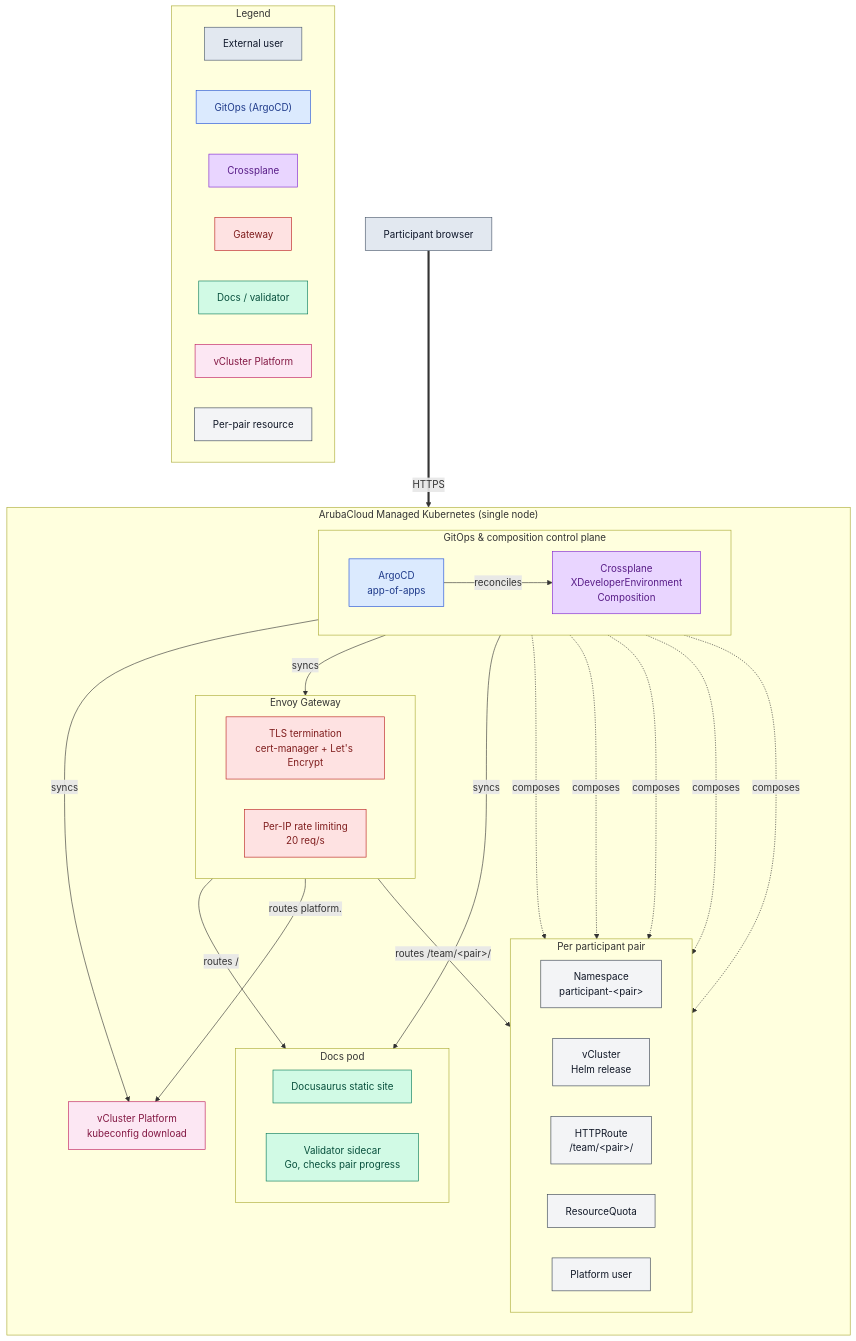
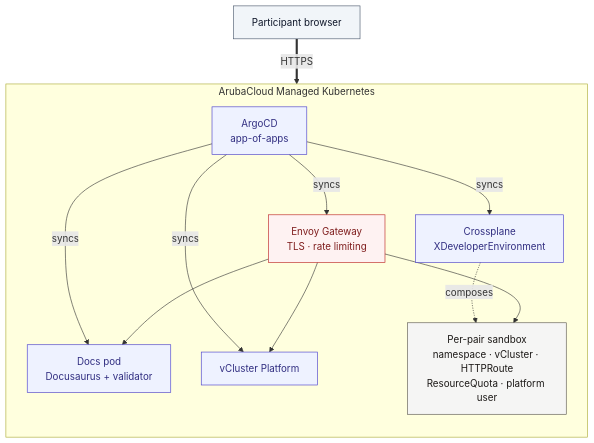
One commit to ricCap/crossplane-workshop changed the diagram in README.md. Above: the diagram before and after it, drawn with Mermaid. The commit also changed other lines of this file, not shown here.

Commit message:
docs: simplify readme architecture diagram
Adopt the simplified flowchart: collapse the 5 per-pair resources
into a single "Per-pair sandbox" node, drop the rainbow palette to
3 muted classDefs, drop the in-diagram legend. The detail that was
in the legend now lives in the prose caption below the diagram.

````diff
--- a/README.md
+++ b/README.md
@@ -9,73 +9,30 @@
 ```mermaid
 graph TB
-    Participant["Participant browser"]:::external
+    Participant["Participant browser"]:::user
 
-    subgraph ArubaCloud["ArubaCloud Managed Kubernetes (single node)"]
+    subgraph ArubaCloud["ArubaCloud Managed Kubernetes"]
         direction TB
+        ArgoCD["ArgoCD<br/>app-of-apps"]:::ctrl
+        XDevEnv["Crossplane<br/>XDeveloperEnvironment"]:::ctrl
+        Gateway["Envoy Gateway<br/>TLS · rate limiting"]:::edge
+        Docs["Docs pod<br/>Docusaurus + validator"]:::ctrl
+        Platform["vCluster Platform"]:::ctrl
+        Pair["Per-pair sandbox<br/>namespace · vCluster · HTTPRoute<br/>ResourceQuota · platform user"]:::tenant
 
-        subgraph ControlPlane["GitOps &amp; composition control plane"]
-            direction LR
-            ArgoCD["ArgoCD<br/>app-of-apps"]:::gitops
-            XDevEnv["Crossplane<br/>XDeveloperEnvironment<br/>Composition"]:::crossplane
-            ArgoCD -->|reconciles| XDevEnv
-        end
-
-        subgraph Gateway["Envoy Gateway"]
-            direction LR
-            TLS["TLS termination<br/>cert-manager + Let's Encrypt"]:::gateway
-            RL["Per-IP rate limiting<br/>20 req/s"]:::gateway
-        end
-
-        subgraph Docs["Docs pod"]
-            direction LR
-            Docusaurus["Docusaurus static site"]:::docs
-            Validator["Validator sidecar<br/>Go, checks pair progress"]:::docs
-        end
-
-        Platform["vCluster Platform<br/>kubeconfig download"]:::platform
-
-        subgraph PerPair["Per participant pair"]
-            direction LR
-            NS["Namespace<br/>participant-&lt;pair&gt;"]:::pair
-            VC["vCluster<br/>Helm release"]:::pair
-            HR["HTTPRoute<br/>/team/&lt;pair&gt;/"]:::pair
-            RQ["ResourceQuota"]:::pair
-            PU["Platform user"]:::pair
-        end
-
+        ArgoCD -->|syncs| XDevEnv
         ArgoCD -->|syncs| Gateway
         ArgoCD -->|syncs| Docs
         ArgoCD -->|syncs| Platform
-
-        XDevEnv -.->|composes| NS
-        XDevEnv -.->|composes| VC
-        XDevEnv -.->|composes| HR
-        XDevEnv -.->|composes| RQ
-        XDevEnv -.->|composes| PU
-
-        Gateway -->|routes /| Docs
-        Gateway -->|routes /team/&lt;pair&gt;/| HR
-        Gateway -->|routes platform.| Platform
+        XDevEnv -.->|composes| Pair
+        Gateway --> Docs
+        Gateway --> Pair
+        Gateway --> Platform
     end
 
     Participant ==>|HTTPS| Gateway
 
-    subgraph Legend["Legend"]
-        direction LR
-        L_ext["External user"]:::external
-        L_git["GitOps (ArgoCD)"]:::gitops
-        L_xp["Crossplane"]:::crossplane
-        L_gw["Gateway"]:::gateway
-        L_docs["Docs / validator"]:::docs
-        L_plat["vCluster Platform"]:::platform
-        L_pair["Per-pair resource"]:::pair
-    end
-
-    classDef external fill:#e2e8f0,stroke:#475569,color:#0f172a
-    classDef gitops fill:#dbeafe,stroke:#1d4ed8,color:#1e3a8a
-    classDef crossplane fill:#e9d5ff,stroke:#7e22ce,color:#581c87
-    classDef gateway fill:#fee2e2,stroke:#b91c1c,color:#7f1d1d
-    classDef docs fill:#d1fae5,stroke:#047857,color:#064e3b
-    classDef platform fill:#fce7f3,stroke:#be185d,color:#831843
-    classDef pair fill:#f3f4f6,stroke:#374151,color:#111827
+    classDef user fill:#f1f5f9,stroke:#475569,color:#0f172a
+    classDef ctrl fill:#eef2ff,stroke:#4338ca,color:#312e81
+    classDef edge fill:#fef2f2,stroke:#b91c1c,color:#7f1d1d
+    classDef tenant fill:#f5f5f4,stroke:#57534e,color:#1c1917
 ```
````
